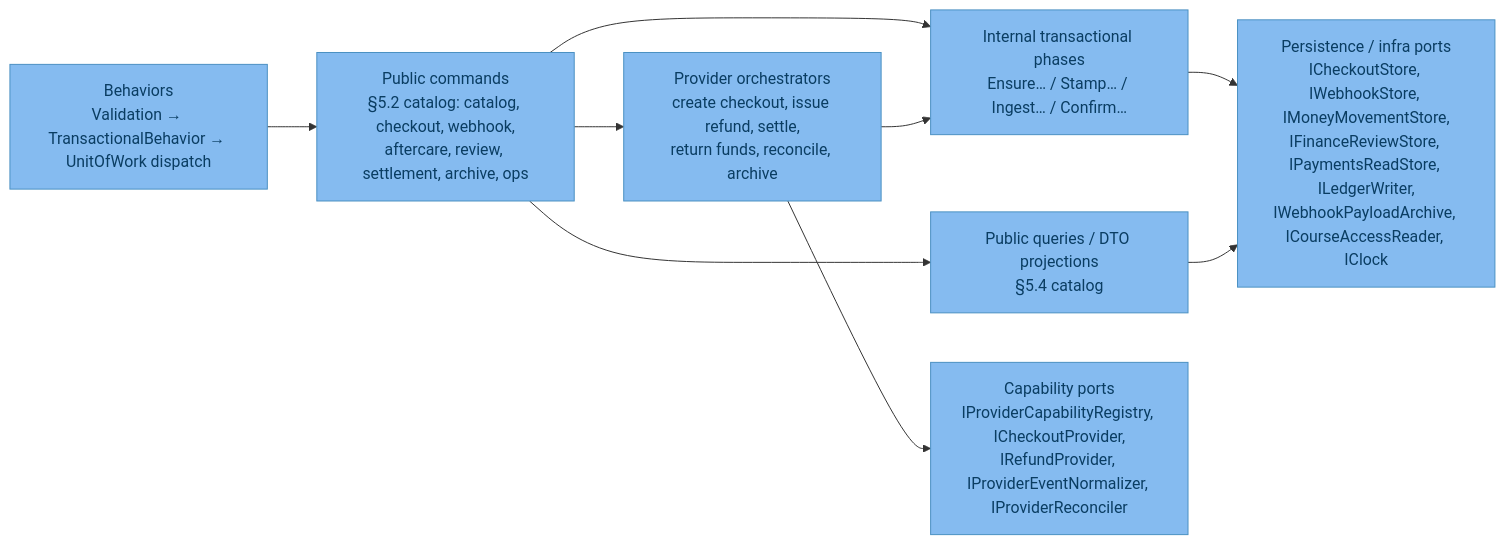
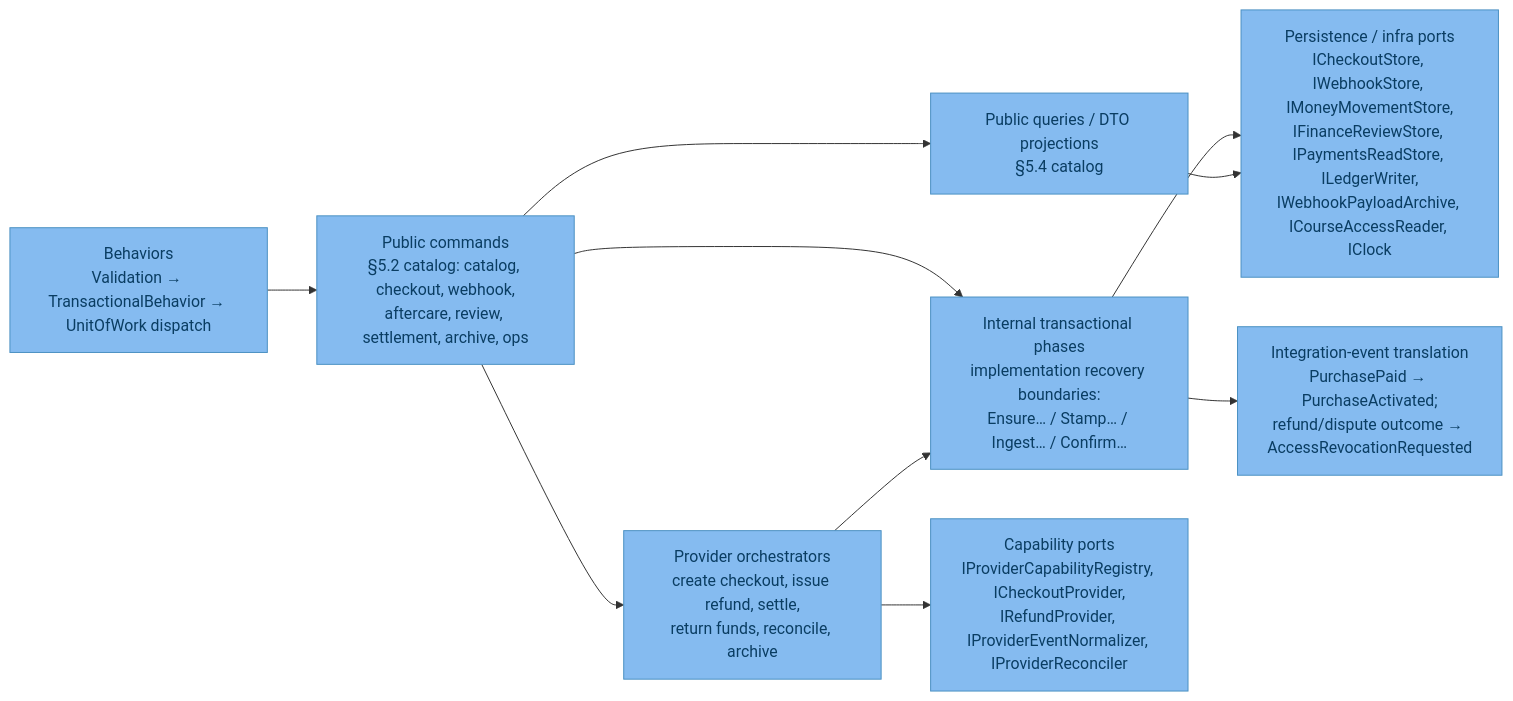
The fourth of 10 diagrams in plans/payments/C4Model.md (Azero77/alpha-zero), drawn with Mermaid before and after one commit. The commit also changed other lines of this file, not shown here.

Commit message:
docs(payments): refine C4 architecture model

````diff
--- a/plans/payments/C4Model.md
+++ b/plans/payments/C4Model.md
@@ -130,19 +130,21 @@
 ```mermaid
 flowchart LR
   classDef component fill:#85bbf0,color:#0a3d62,stroke:#4a90c2;
   cmd["Public commands<br/>§5.2 catalog: catalog, checkout, webhook,<br/>aftercare, review, settlement, archive, ops"]:::component
   qry["Public queries / DTO projections<br/>§5.4 catalog"]:::component
   orch["Provider orchestrators<br/>create checkout, issue refund, settle,<br/>return funds, reconcile, archive"]:::component
-  phase["Internal transactional phases<br/>Ensure… / Stamp… / Ingest… / Confirm…"]:::component
+  phase["Internal transactional phases<br/>implementation recovery boundaries:<br/>Ensure… / Stamp… / Ingest… / Confirm…"]:::component
   cap["Capability ports<br/>IProviderCapabilityRegistry, ICheckoutProvider,<br/>IRefundProvider, IProviderEventNormalizer, IProviderReconciler"]:::component
   pers["Persistence / infra ports<br/>ICheckoutStore, IWebhookStore, IMoneyMovementStore,<br/>IFinanceReviewStore, IPaymentsReadStore, ILedgerWriter,<br/>IWebhookPayloadArchive, ICourseAccessReader, IClock"]:::component
+  integ["Integration-event translation<br/>PurchasePaid → PurchaseActivated;<br/>refund/dispute outcome → AccessRevocationRequested"]:::component
   behavior["Behaviors<br/>Validation → TransactionalBehavior → UnitOfWork dispatch"]:::component
   behavior --> cmd
   cmd --> orch
   cmd --> phase
   cmd --> qry
   orch --> phase
   orch --> cap
   phase --> pers
+  phase --> integ
   qry --> pers
 ```
````
